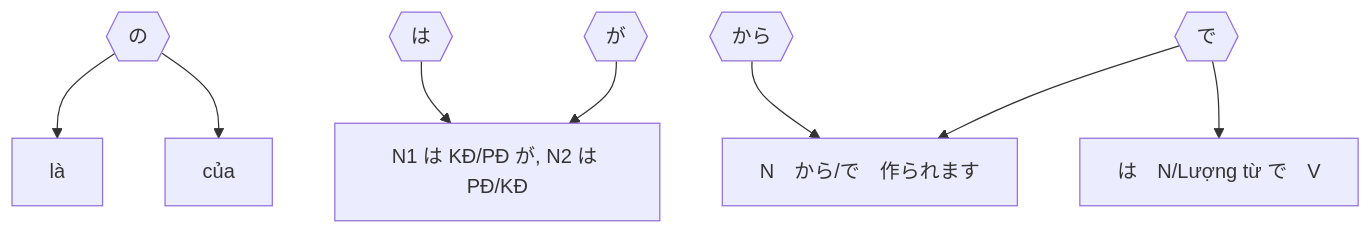
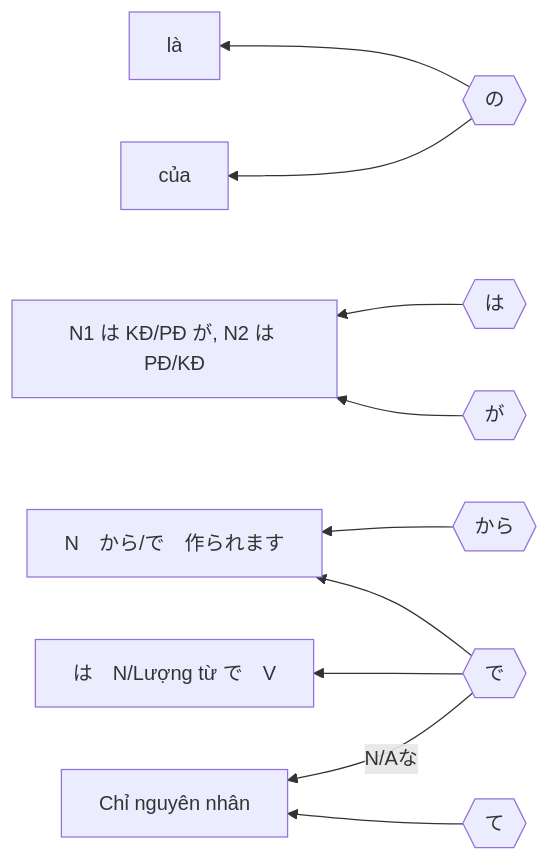
The diagram in Tro_Tu_graph.md (tea1504/learn), drawn with Mermaid before and after one commit. The commit also changed 2 other files, not shown here.

````diff
--- a/Tro_Tu_graph.md
+++ b/Tro_Tu_graph.md
@@ -1,16 +1,19 @@
 ```mermaid
-graph TD;
+graph RL;
     no{{の}}
     ha{{は}}
     ga{{が}}
     kara{{から}}
     de{{で}}
+    te{{て}}
     no-->là
     no-->của
     doiSanh[N1 は KĐ/PĐ が, N2 は PĐ/KĐ]
     ha-->doiSanh
     ga-->doiSanh
     kara-->tao[N　から/で　作られます]
     de-->tao
     de-->tamTrongVong[は　N/Lượng từ で　V]
+    te-->nguyenNhan[Chỉ nguyên nhân]
+    de-->|N/Aな|nguyenNhan
 ```
````
